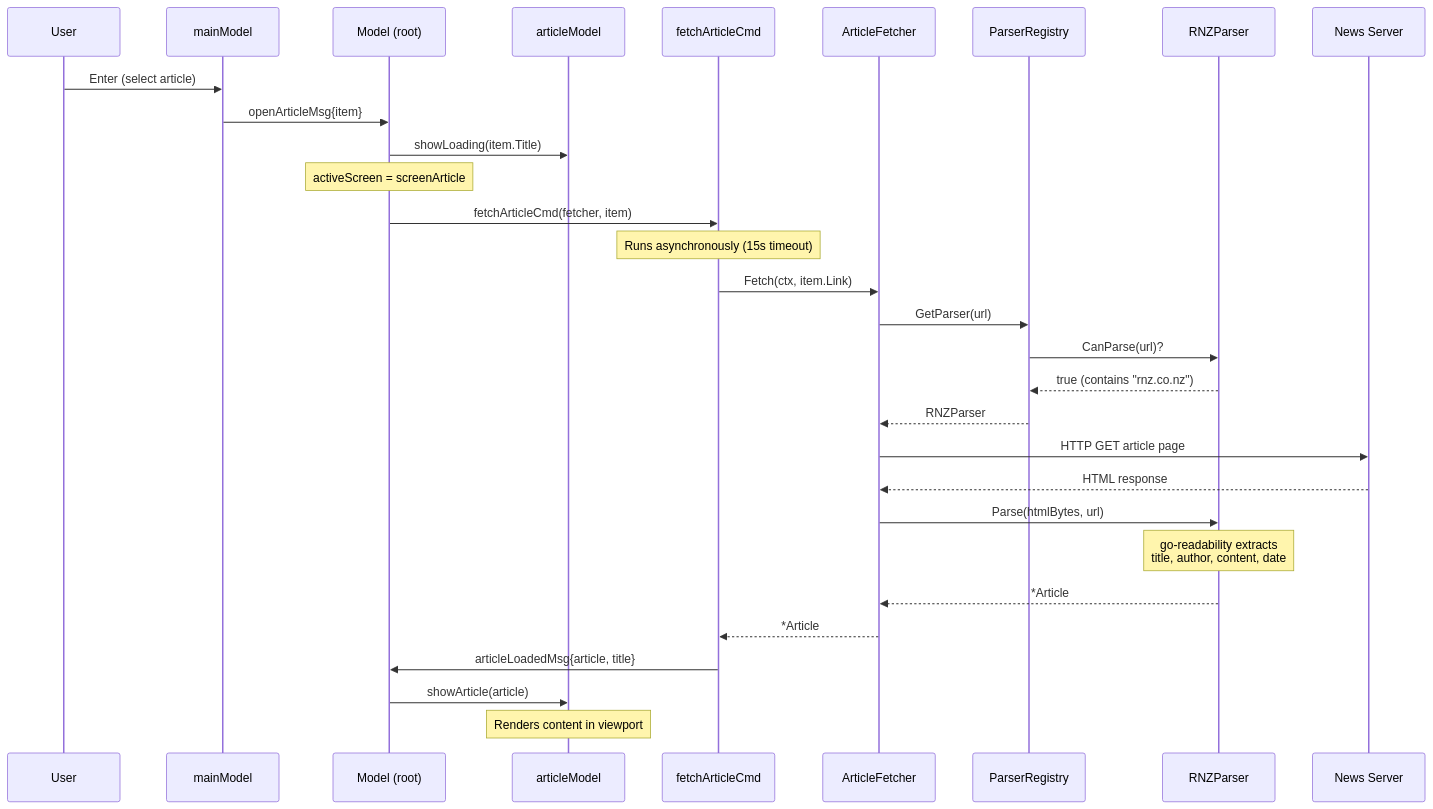
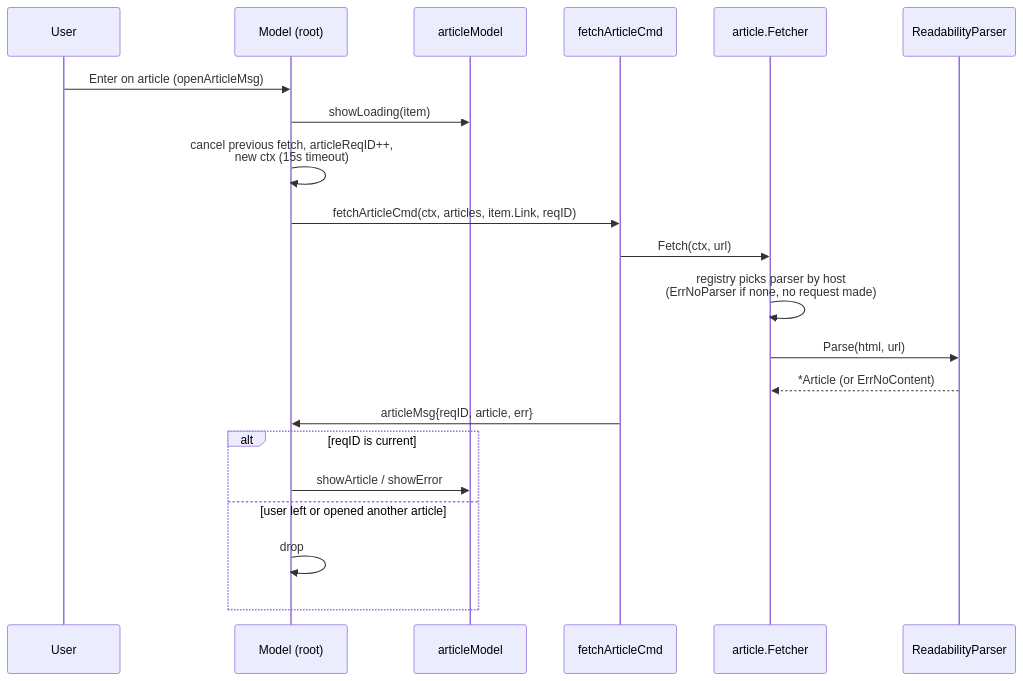
One commit to kralkapoor/knews changed the fifth of 8 diagrams in ARCHITECTURE.md. Above: the diagram before and after it, drawn with Mermaid. The commit also changed other lines of this file and 36 other files, not shown here.

````diff
--- a/ARCHITECTURE.md
+++ b/ARCHITECTURE.md
@@ -331,36 +256,24 @@
 ```mermaid
 sequenceDiagram
     participant User
-    participant Main as mainModel
     participant Root as Model (root)
     participant AView as articleModel
     participant Cmd as fetchArticleCmd
-    participant AF as ArticleFetcher
-    participant Registry as ParserRegistry
-    participant Parser as RNZParser
-    participant Server as News Server
+    participant AF as article.Fetcher
+    participant Parser as ReadabilityParser
 
-    User->>Main: Enter (select article)
-    Main->>Root: openArticleMsg{item}
-    Root->>AView: showLoading(item.Title)
-    Note over Root: activeScreen = screenArticle
-    Root->>Cmd: fetchArticleCmd(fetcher, item)
-
-    Note over Cmd: Runs asynchronously (15s timeout)
-    Cmd->>AF: Fetch(ctx, item.Link)
-    AF->>Registry: GetParser(url)
-    Registry->>Parser: CanParse(url)?
-    Parser-->>Registry: true (contains "rnz.co.nz")
-    Registry-->>AF: RNZParser
-
-    AF->>Server: HTTP GET article page
-    Server-->>AF: HTML response
-    AF->>Parser: Parse(htmlBytes, url)
-    Note over Parser: go-readability extracts<br/>title, author, content, date
-    Parser-->>AF: *Article
-
-    AF-->>Cmd: *Article
-    Cmd->>Root: articleLoadedMsg{article, title}
-    Root->>AView: showArticle(article)
-    Note over AView: Renders content in viewport
+    User->>Root: Enter on article (openArticleMsg)
+    Root->>AView: showLoading(item)
+    Root->>Root: cancel previous fetch, articleReqID++,<br/>new ctx (15s timeout)
+    Root->>Cmd: fetchArticleCmd(ctx, articles, item.Link, reqID)
+    Cmd->>AF: Fetch(ctx, url)
+    AF->>AF: registry picks parser by host<br/>(ErrNoParser if none, no request made)
+    AF->>Parser: Parse(html, url)
+    Parser-->>AF: *Article (or ErrNoContent)
+    Cmd->>Root: articleMsg{reqID, article, err}
+    alt reqID is current
+        Root->>AView: showArticle / showError
+    else user left or opened another article
+        Root->>Root: drop
+    end
 ```
````
